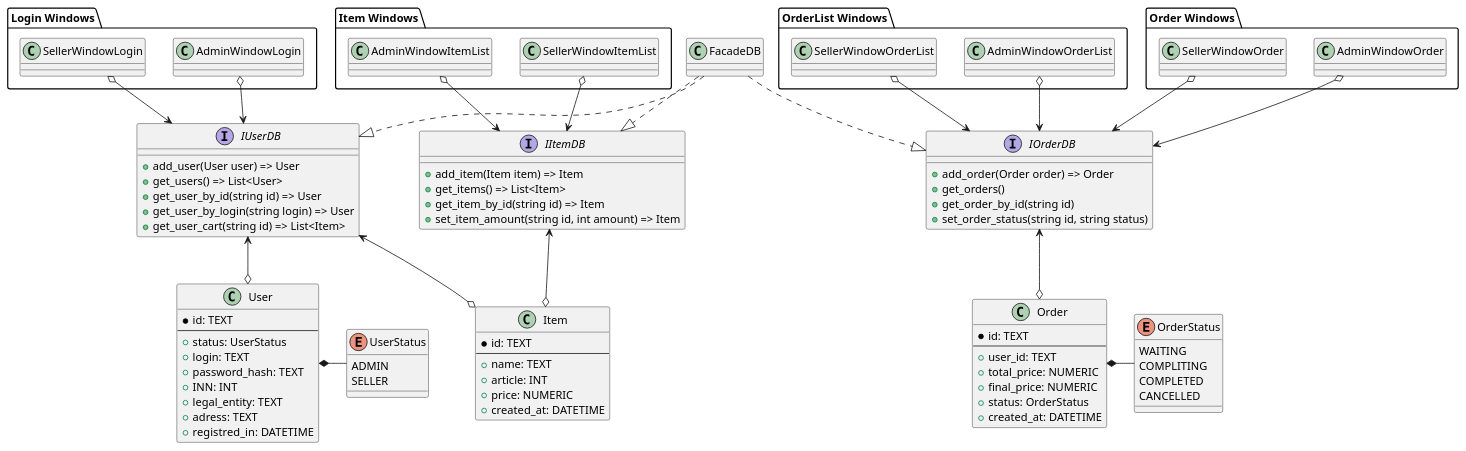
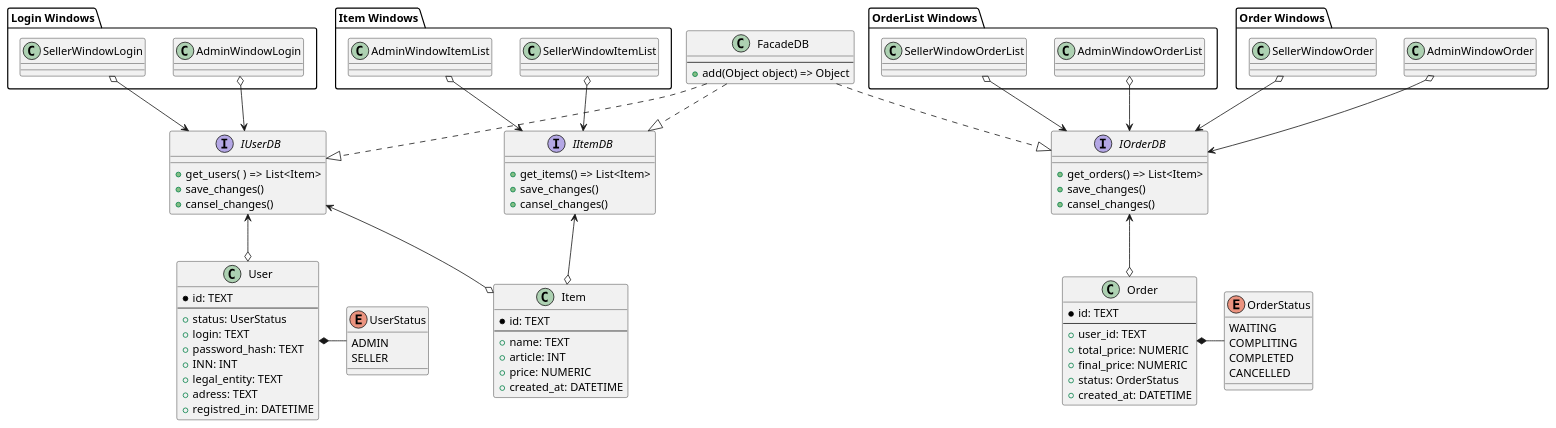
One commit to BombasticFantastik/PIS_Course_work changed the diagram in uml-диаграммы/Диаграмма классов/Диаграмма_классов_better.puml. Above: the diagram before and after it, drawn with PlantUML. The commit also changed 6 other files, not shown here.

```diff
--- a/uml-диаграммы/Диаграмма классов/Диаграмма_классов_better.puml
+++ b/uml-диаграммы/Диаграмма классов/Диаграмма_классов_better.puml
@@ -1,115 +1,117 @@
 @startuml Диаграмма классов
  
-class FacadeDB
+class FacadeDB{
+  --
+  + add(Object object) => Object
+}
  
 interface IUserDB {
-  + add_user(User user) => User
-  + get_users() => List<User>
-  + get_user_by_id(string id) => User
-  + get_user_by_login(string login) => User
-  + get_user_cart(string id) => List<Item>
+  + get_users(  ) => List<Item>
+  + save_сhanges()
+  + cansel_сhanges()
 }
  
 interface IItemDB {
-  + add_item(Item item) => Item
+  
   + get_items() => List<Item>
-  + get_item_by_id(string id) => Item
-  + set_item_amount(string id, int amount) => Item
+  + save_сhanges()
+  + cansel_сhanges()
 }
  
 interface IOrderDB {
-  + add_order(Order order) => Order
-  + get_orders()
-  + get_order_by_id(string id)
-  + set_order_status(string id, string status)
+
+  + get_orders() => List<Item>
+  + save_сhanges()
+  + cansel_сhanges()
+
 }
  
 FacadeDB ..|> IUserDB
 FacadeDB ..|> IItemDB
 FacadeDB ..|> IOrderDB
  
 IUserDB <--o User
 
 IUserDB <--o Item
 IItemDB <--o Item
 IOrderDB <--o Order
  
 
 
 
 class User {
   * id: TEXT
   --
   + status: UserStatus
   + login: TEXT
   + password_hash: TEXT
   + INN: INT
   + legal_entity: TEXT
   + adress: TEXT
   + registred_in: DATETIME
 }
 
 enum UserStatus {
   ADMIN
   SELLER
 }
  
 User *- UserStatus
  
  
 
  
 class Item {
   * id: TEXT
   --
   + name: TEXT
   + article: INT
   + price: NUMERIC
   + created_at: DATETIME
 }
  
 class Order {
   * id: TEXT
   --
   + user_id: TEXT
   + total_price: NUMERIC
   + final_price: NUMERIC
   + status: OrderStatus
   + created_at: DATETIME
 }
  
 enum OrderStatus {
   WAITING
   COMPLITING
   COMPLETED
   CANCELLED
 }
  
 Order *- OrderStatus
  
 ' WINDOWS
  
 package "Item Windows" {
 SellerWindowItemList o--> IItemDB
 AdminWindowItemList o--> IItemDB
 }
 package "Order Windows" {
 AdminWindowOrder o--> IOrderDB
 SellerWindowOrder o--> IOrderDB
 }
 
 package "Login Windows" {
 AdminWindowLogin o--> IUserDB
 SellerWindowLogin o--> IUserDB
 }
 
 
 
 package "OrderList Windows" {
 AdminWindowOrderList o--> IOrderDB
 SellerWindowOrderList o--> IOrderDB
 }
 
 
  
 @enduml
```
